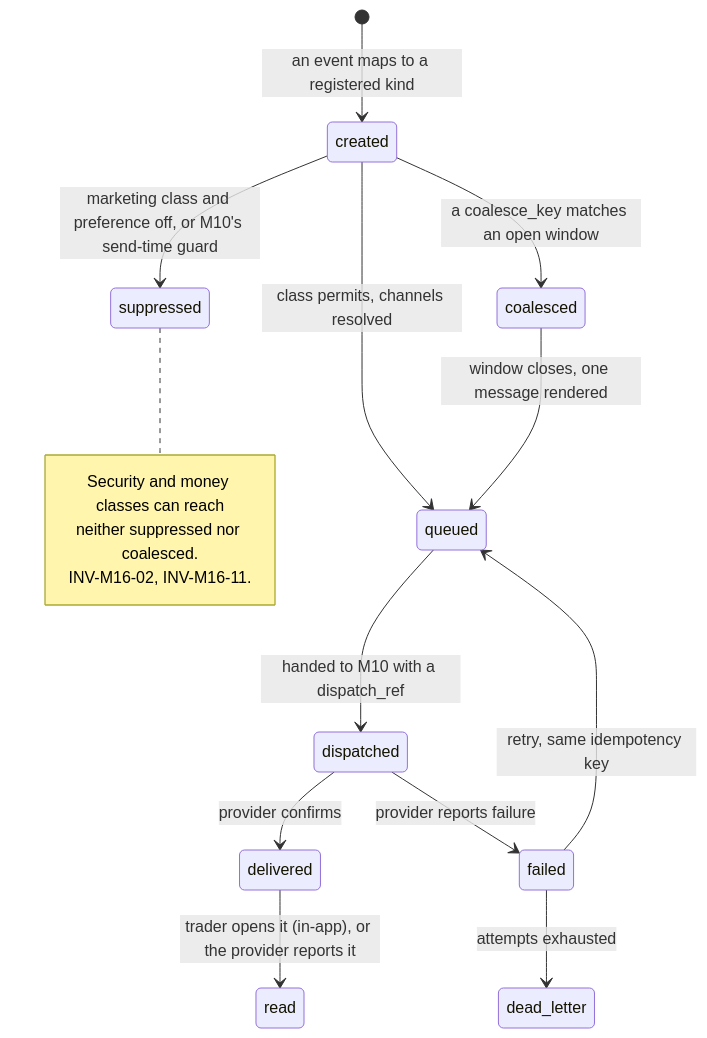
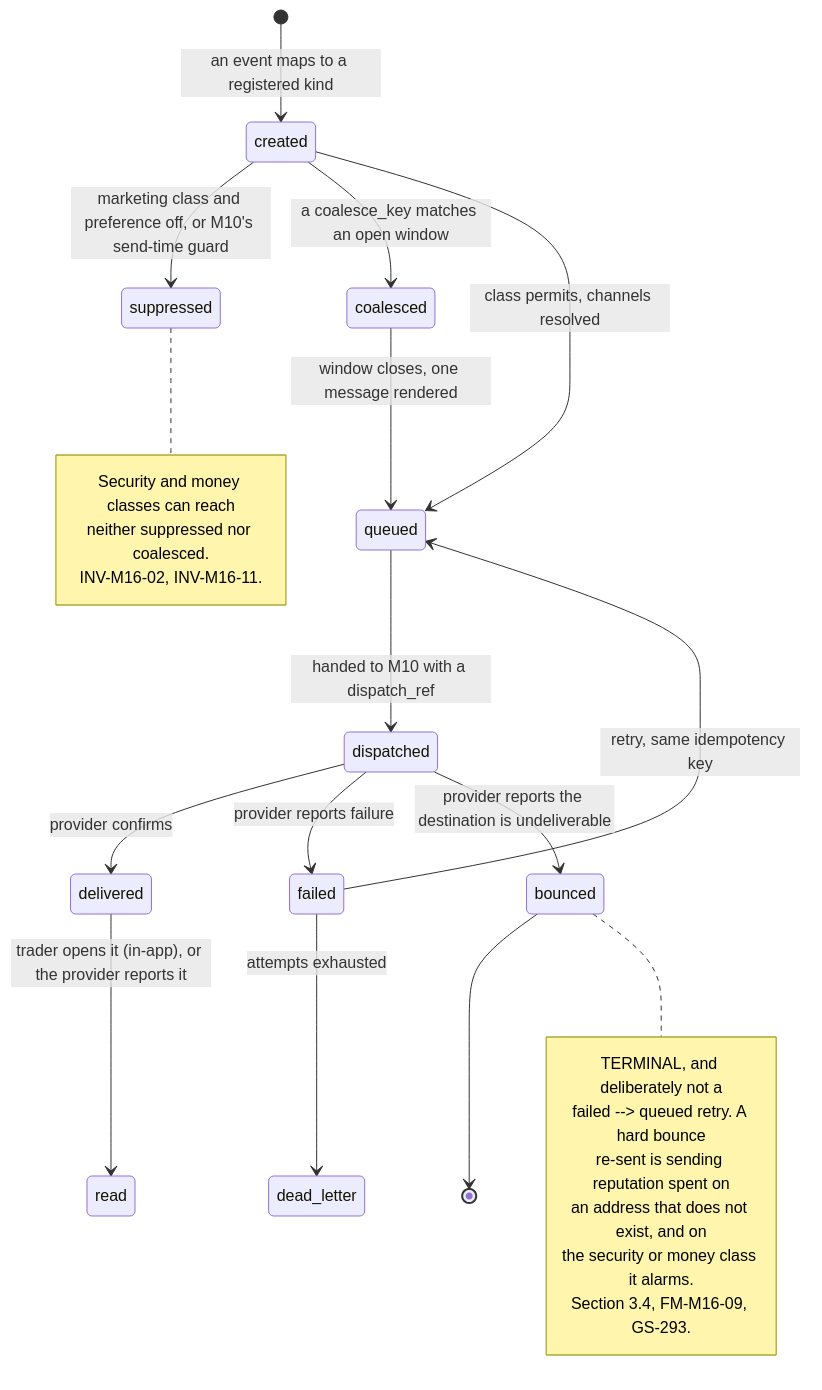
Before and after one commit to lam2-coder/meritfutures: the first of 4 diagrams in docs/plans/M16-notification-center.md, drawn with Mermaid. The commit also changed other lines of this file, not shown here.

First line of the commit message:
M16: specify the bounced and spam-complaint outcomes and the alarm they feed

````diff
--- a/docs/plans/M16-notification-center.md
+++ b/docs/plans/M16-notification-center.md
@@ -105,19 +112,29 @@
 ```mermaid
 stateDiagram-v2
     [*] --> created: an event maps to a registered kind
     created --> suppressed: marketing class and preference off, or M10's send-time guard
     created --> coalesced: a coalesce_key matches an open window
     created --> queued: class permits, channels resolved
     coalesced --> queued: window closes, one message rendered
     queued --> dispatched: handed to M10 with a dispatch_ref
     dispatched --> delivered: provider confirms
     dispatched --> failed: provider reports failure
+    dispatched --> bounced: provider reports the destination is undeliverable
+    bounced --> [*]
     failed --> queued: retry, same idempotency key
     failed --> dead_letter: attempts exhausted
     delivered --> read: trader opens it (in-app), or the provider reports it
     note right of suppressed
       Security and money classes can reach
       neither suppressed nor coalesced.
       INV-M16-02, INV-M16-11.
     end note
+    note right of bounced
+      TERMINAL, and deliberately not a
+      failed --> queued retry. A hard bounce
+      re-sent is sending reputation spent on
+      an address that does not exist, and on
+      the security or money class it alarms.
+      Section 3.4, FM-M16-09, GS-293.
+    end note
 ```
````
